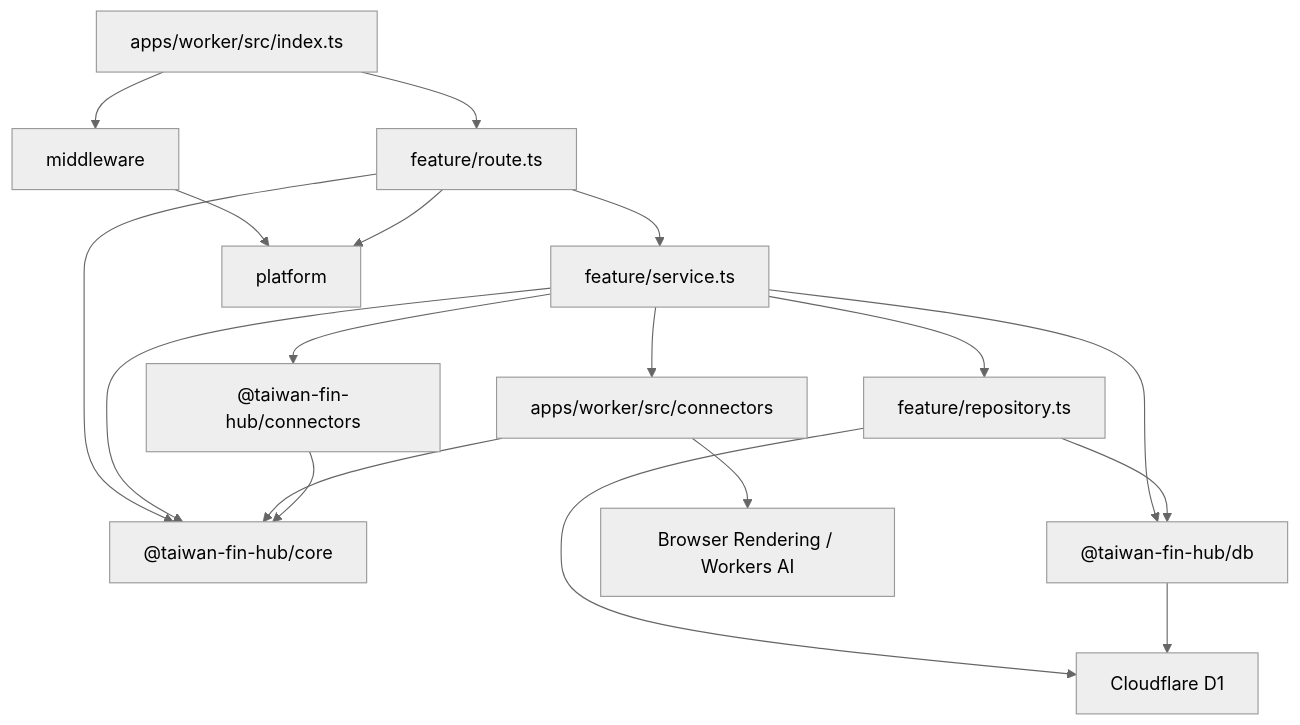
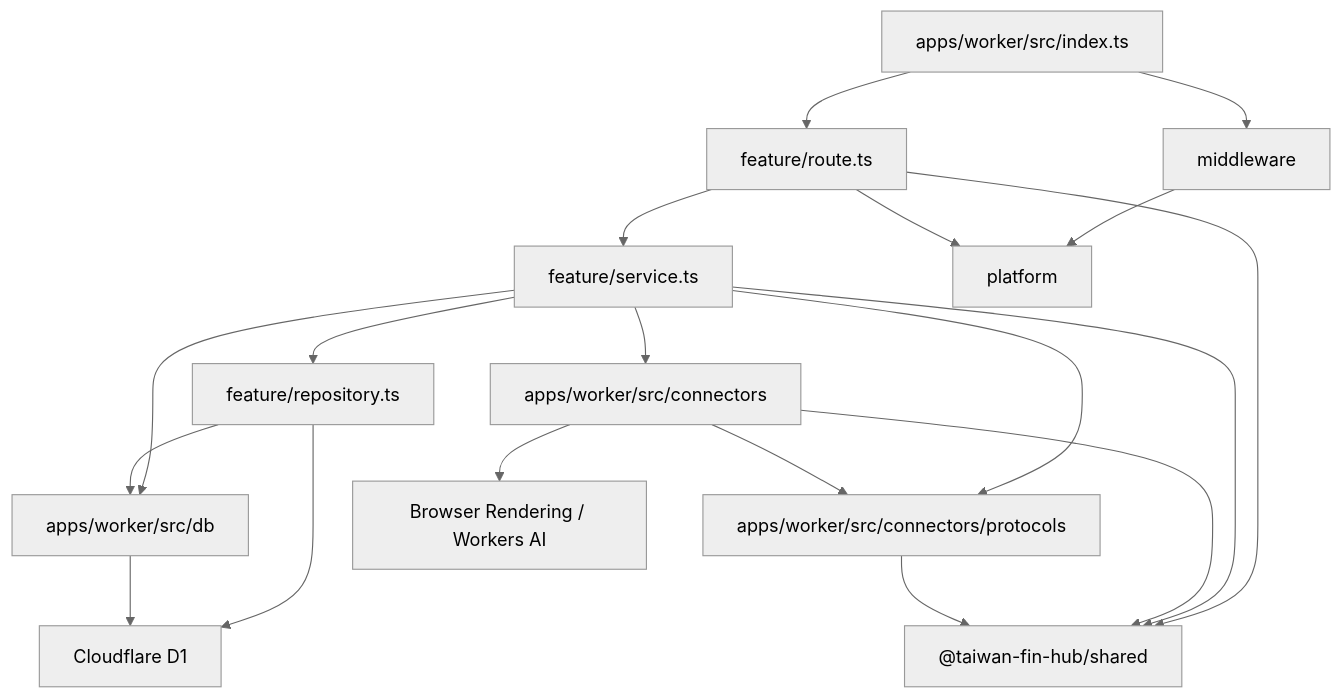
Before and after one commit to Austinsuyoyo/all-set-tw-fork: the first of 2 diagrams in docs/002-backend-architecture.md, drawn with Mermaid (neutral theme). The commit also changed other lines of this file and 257 other files, not shown here.

````diff
--- a/docs/002-backend-architecture.md
+++ b/docs/002-backend-architecture.md
@@ -54,36 +74,37 @@
 ```mermaid
 flowchart TD
     Index["apps/worker/src/index.ts"]
     Middleware["middleware"]
     FeatureRoute["feature/route.ts"]
     FeatureService["feature/service.ts"]
     FeatureRepository["feature/repository.ts"]
     WorkerConnector["apps/worker/src/connectors"]
     Platform["platform"]
-    Core["@taiwan-fin-hub/core"]
-    Connectors["@taiwan-fin-hub/connectors"]
-    DB["@taiwan-fin-hub/db"]
+    Shared["@taiwan-fin-hub/shared"]
+    Connectors["apps/worker/src/connectors/protocols"]
+    DB["apps/worker/src/db"]
     D1["Cloudflare D1"]
     Browser["Browser Rendering / Workers AI"]
 
     Index --> Middleware
     Index --> FeatureRoute
 
     Middleware --> Platform
     FeatureRoute --> Platform
     FeatureRoute --> FeatureService
     FeatureService --> FeatureRepository
     FeatureService --> WorkerConnector
     FeatureService --> Connectors
     FeatureService --> DB
 
     FeatureRepository --> DB
     FeatureRepository --> D1
     DB --> D1
     WorkerConnector --> Browser
+    WorkerConnector --> Connectors
 
-    FeatureRoute --> Core
-    FeatureService --> Core
-    WorkerConnector --> Core
-    Connectors --> Core
+    FeatureRoute --> Shared
+    FeatureService --> Shared
+    WorkerConnector --> Shared
+    Connectors --> Shared
 ```
````
